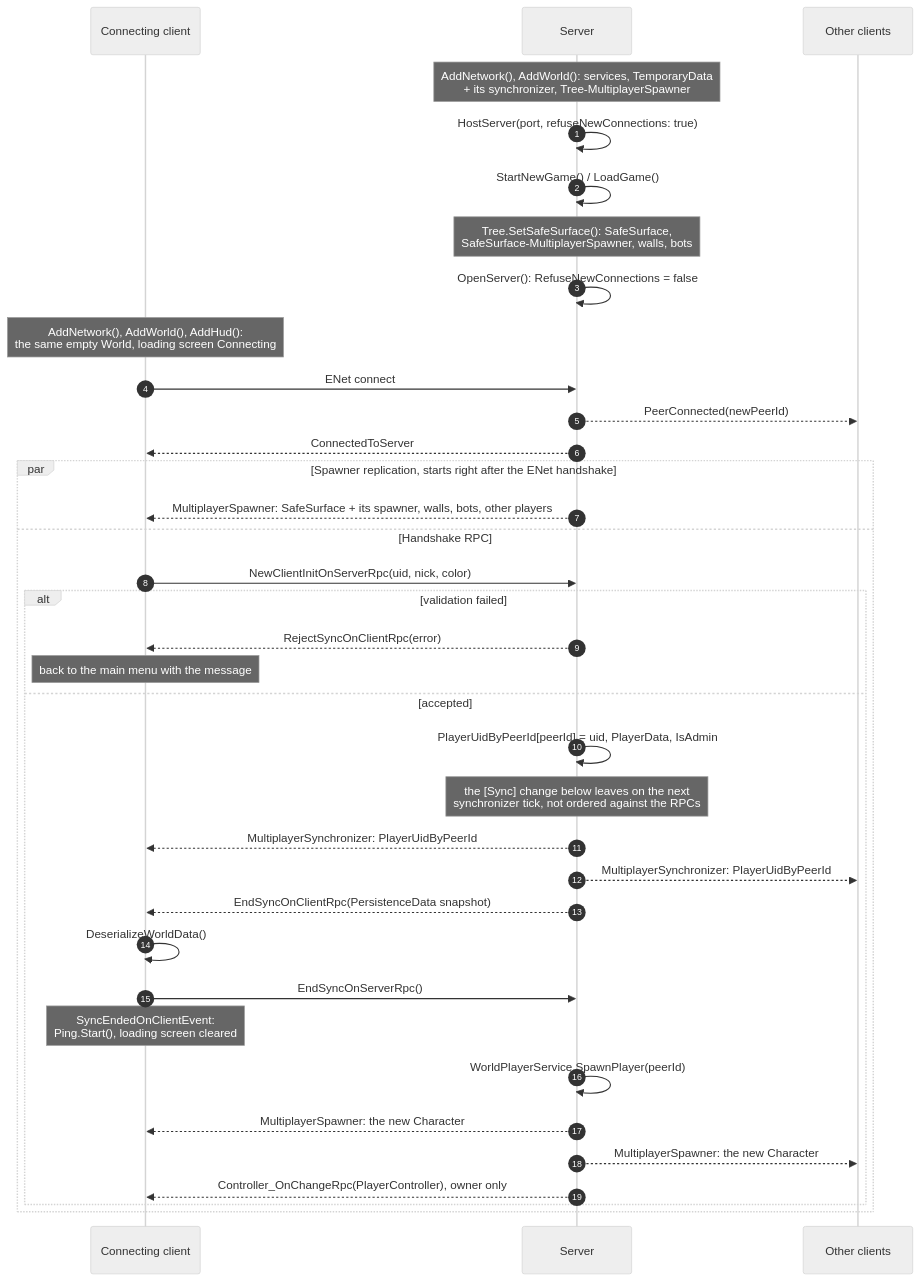
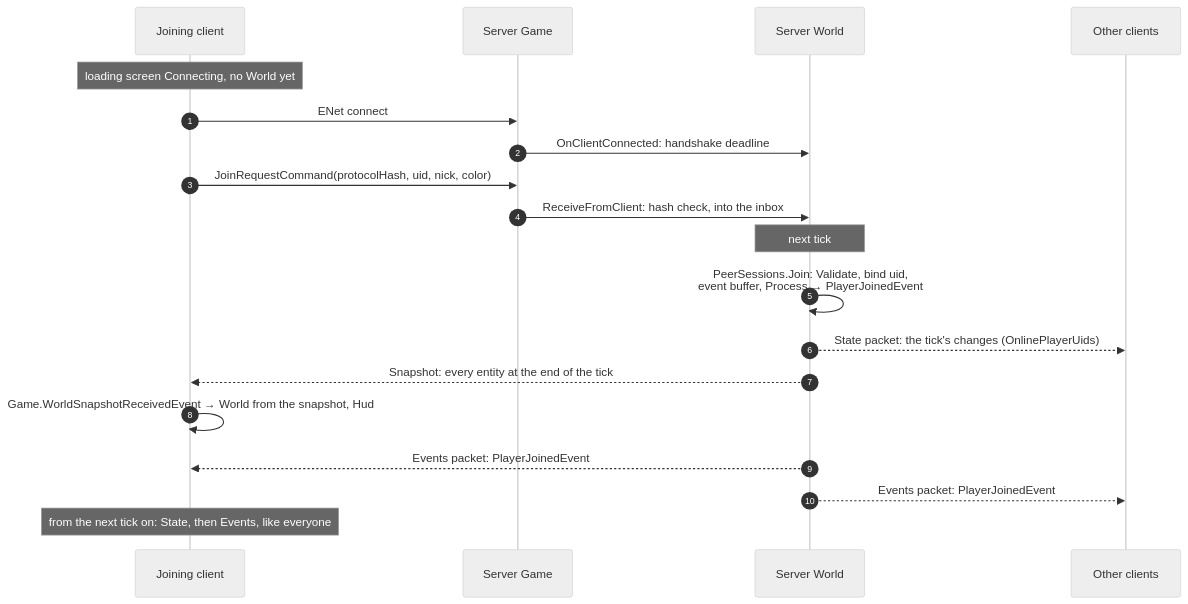
The diagram in Docs/Networking.md (AbroGames/NeonWarfare), drawn with Mermaid (neutral theme) before and after one commit. The commit also changed other lines of this file and 20 other files, not shown here.

````diff
--- a/Docs/Networking.md
+++ b/Docs/Networking.md
@@ -109,41 +102,22 @@
 ```mermaid
 sequenceDiagram
     autonumber
-    participant C as Connecting client
-    participant S as Server
+    participant C as Joining client
+    participant G as Server Game
+    participant W as Server World
     participant O as Other clients
 
-    Note over S: AddNetwork(), AddWorld(): services, TemporaryData<br/>+ its synchronizer, Tree-MultiplayerSpawner
-    S->>S: HostServer(port, refuseNewConnections: true)
-    S->>S: StartNewGame() / LoadGame()
-    Note over S: Tree.SetSafeSurface(): SafeSurface,<br/>SafeSurface-MultiplayerSpawner, walls, bots
-    S->>S: OpenServer(): RefuseNewConnections = false
-
-    Note over C: AddNetwork(), AddWorld(), AddHud():<br/>the same empty World, loading screen Connecting
-    C->>S: ENet connect
-    S-->>O: PeerConnected(newPeerId)
-    S-->>C: ConnectedToServer
-
-    par Spawner replication, starts right after the ENet handshake
-        S-->>C: MultiplayerSpawner: SafeSurface + its spawner, walls, bots, other players
-    and Handshake RPC
-        C->>S: NewClientInitOnServerRpc(uid, nick, color)
-        alt validation failed
-            S-->>C: RejectSyncOnClientRpc(error)
-            Note over C: back to the main menu with the message
-        else accepted
-            S->>S: PlayerUidByPeerId[peerId] = uid, PlayerData, IsAdmin
-            Note over S: the [Sync] change below leaves on the next<br/>synchronizer tick, not ordered against the RPCs
-            S-->>C: MultiplayerSynchronizer: PlayerUidByPeerId
-            S-->>O: MultiplayerSynchronizer: PlayerUidByPeerId
-            S-->>C: EndSyncOnClientRpc(PersistenceData snapshot)
-            C->>C: DeserializeWorldData()
-            C->>S: EndSyncOnServerRpc()
-            Note over C: SyncEndedOnClientEvent:<br/>Ping.Start(), loading screen cleared
-            S->>S: WorldPlayerService.SpawnPlayer(peerId)
-            S-->>C: MultiplayerSpawner: the new Character
-            S-->>O: MultiplayerSpawner: the new Character
-            S-->>C: Controller_OnChangeRpc(PlayerController), owner only
-        end
-    end
+    Note over C: loading screen Connecting, no World yet
+    C->>G: ENet connect
+    G->>W: OnClientConnected: handshake deadline
+    C->>G: JoinRequestCommand(protocolHash, uid, nick, color)
+    G->>W: ReceiveFromClient: hash check, into the inbox
+    Note over W: next tick
+    W->>W: PeerSessions.Join: Validate, bind uid,<br/>event buffer, Process → PlayerJoinedEvent
+    W-->>O: State packet: the tick's changes (OnlinePlayerUids)
+    W-->>C: Snapshot: every entity at the end of the tick
+    C->>C: Game.WorldSnapshotReceivedEvent → World from the snapshot, Hud
+    W-->>C: Events packet: PlayerJoinedEvent
+    W-->>O: Events packet: PlayerJoinedEvent
+    Note over C: from the next tick on: State, then Events, like everyone
 ```
````
